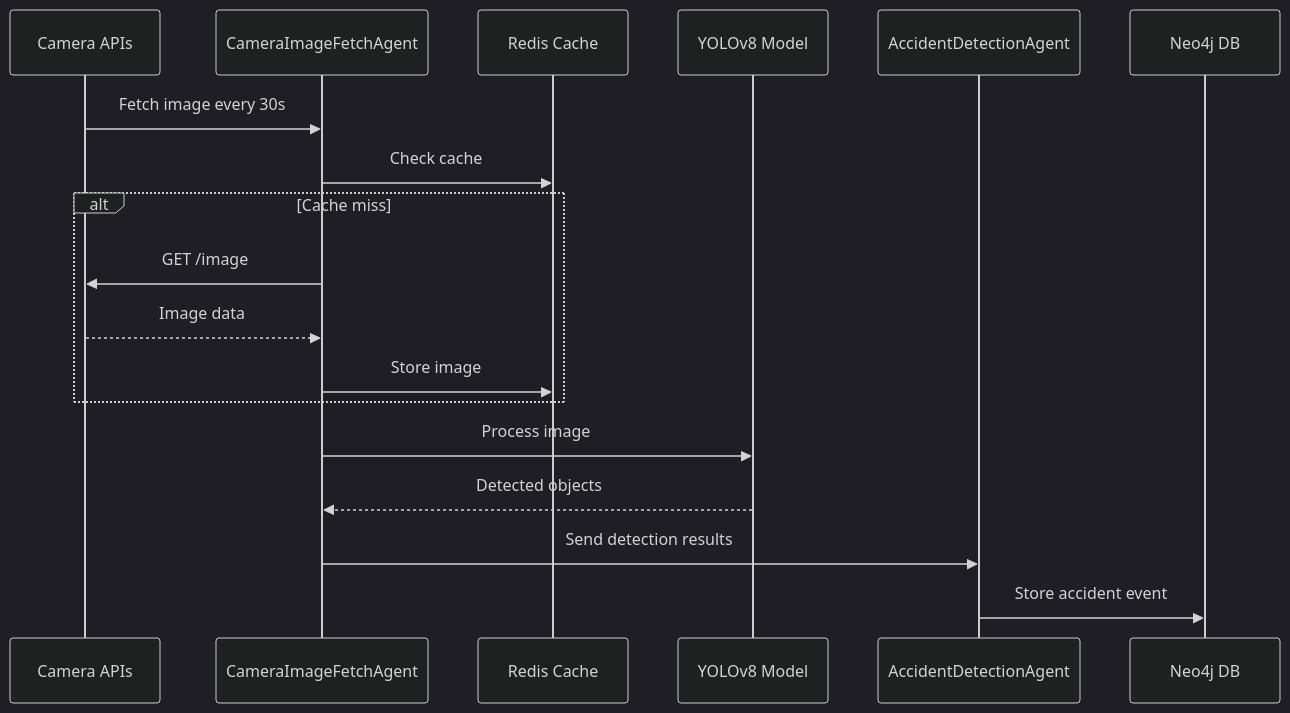
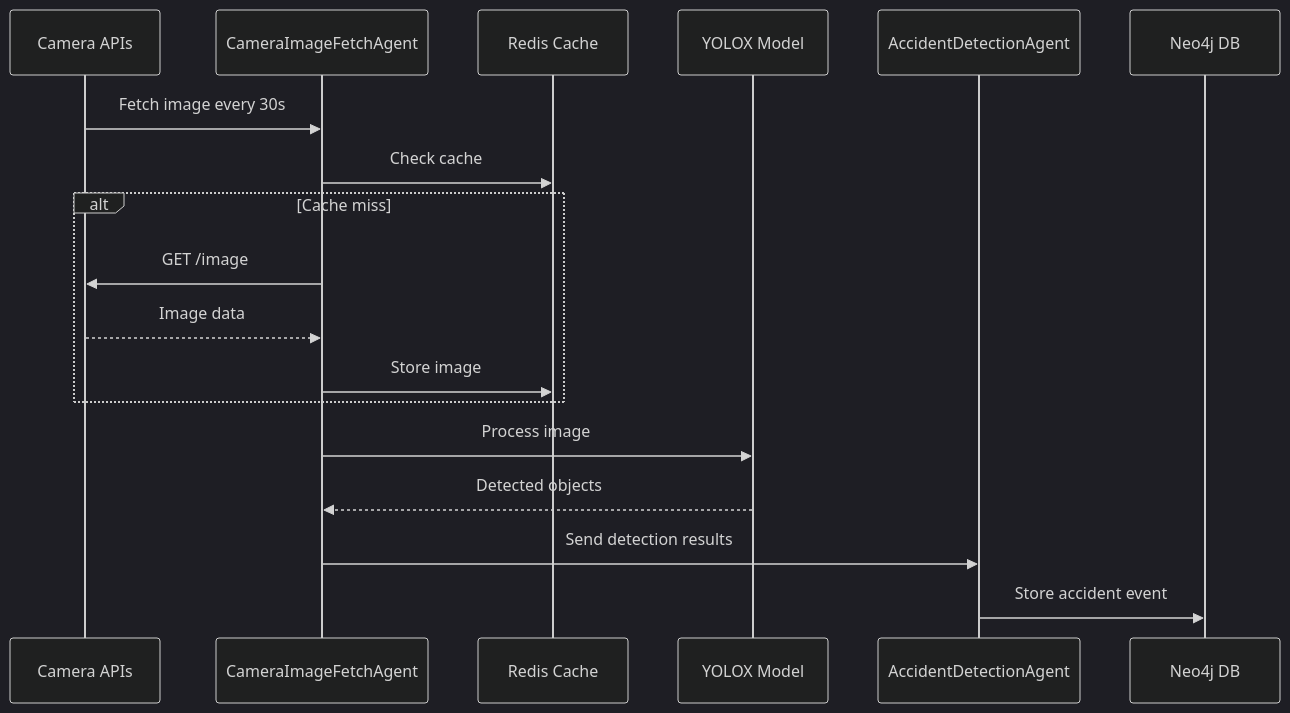
One commit to NguyenNhatquang522004/UIP-Urban_Intelligence_Platform changed the second of 5 diagrams in apps/traffic-web-app/frontend/docs/docs/architecture/overview.md. Above: the diagram before and after it, drawn with Mermaid (dark theme). The commit also changed other lines of this file and 62 other files, not shown here.

````diff
--- a/apps/traffic-web-app/frontend/docs/docs/architecture/overview.md
+++ b/apps/traffic-web-app/frontend/docs/docs/architecture/overview.md
@@ -176,21 +176,21 @@
 ```mermaid
 sequenceDiagram
     participant Camera as Camera APIs
     participant Collector as CameraImageFetchAgent
     participant Redis as Redis Cache
-    participant CV as YOLOv8 Model
+    participant CV as YOLOX Model
     participant Analyzer as AccidentDetectionAgent
     participant Neo4j as Neo4j DB
     
     Camera->>Collector: Fetch image every 30s
     Collector->>Redis: Check cache
     alt Cache miss
         Collector->>Camera: GET /image
         Camera-->>Collector: Image data
         Collector->>Redis: Store image
     end
     Collector->>CV: Process image
     CV-->>Collector: Detected objects
     Collector->>Analyzer: Send detection results
     Analyzer->>Neo4j: Store accident event
 ```
````
